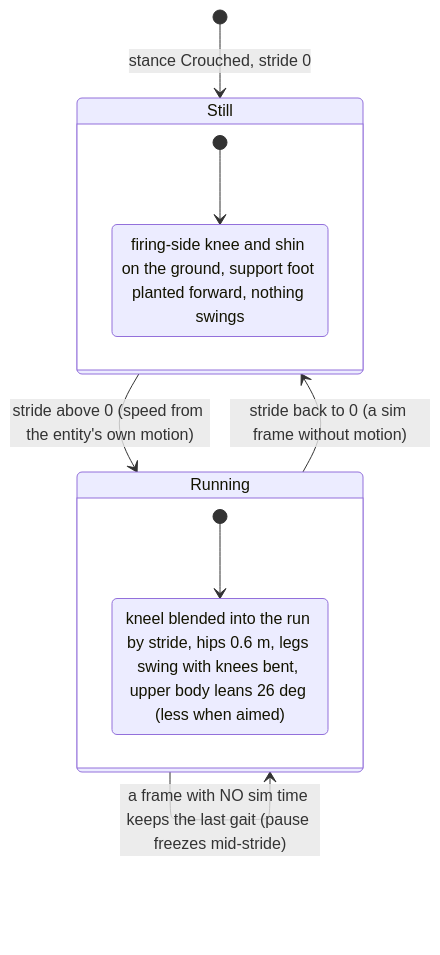
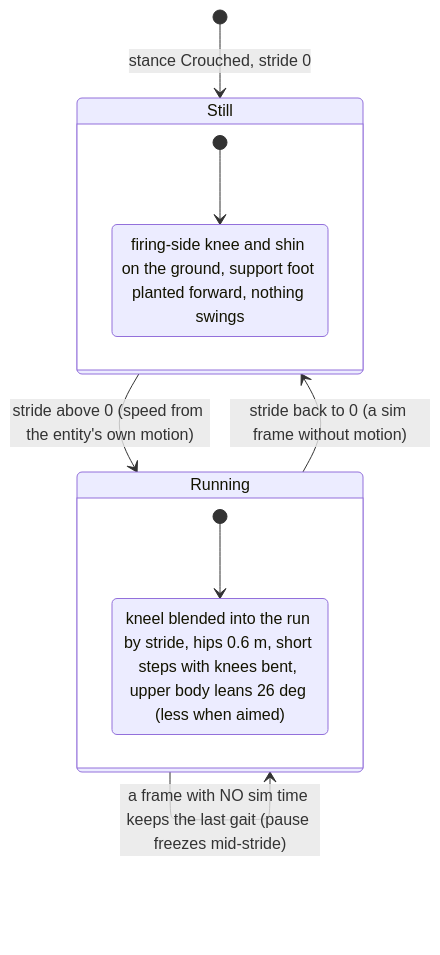
Diagram 19 of 20 in docs/DESIGN_Map_3D_Mode.md (pjanec/HROT), drawn with Mermaid before and after one commit. The commit also changed other lines of this file and 3 other files, not shown here.

First line of the commit message:
CE-1064: a frame with no sim time keeps the gait (a pause freezes mid-stride, R-143); the crouched run takes 35% shorter steps

````diff
--- a/docs/DESIGN_Map_3D_Mode.md
+++ b/docs/DESIGN_Map_3D_Mode.md
@@ -1201,15 +1201,15 @@
 ```mermaid
 stateDiagram-v2
   [*] --> Still: stance Crouched, stride 0
   Still --> Running: stride above 0 (speed from the entity's own motion)
   Running --> Still: stride back to 0 (a sim frame without motion)
   Running --> Running: a frame with NO sim time keeps the last gait (pause freezes mid-stride)
   state Still {
     [*] --> Kneel
     Kneel: firing-side knee and shin on the ground, support foot planted forward, nothing swings
   }
   state Running {
     [*] --> CrouchRun
-    CrouchRun: kneel blended into the run by stride, hips 0.6 m, legs swing with knees bent, upper body leans 26 deg (less when aimed)
+    CrouchRun: kneel blended into the run by stride, hips 0.6 m, short steps with knees bent, upper body leans 26 deg (less when aimed)
   }
 ```
````
